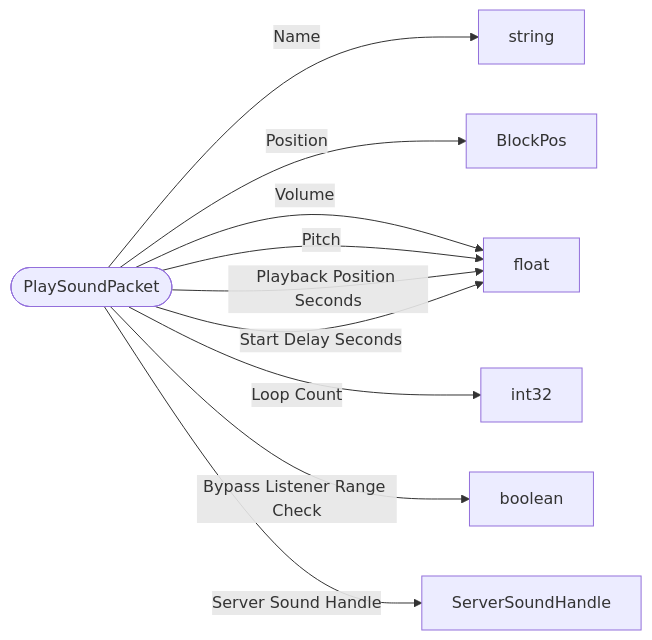
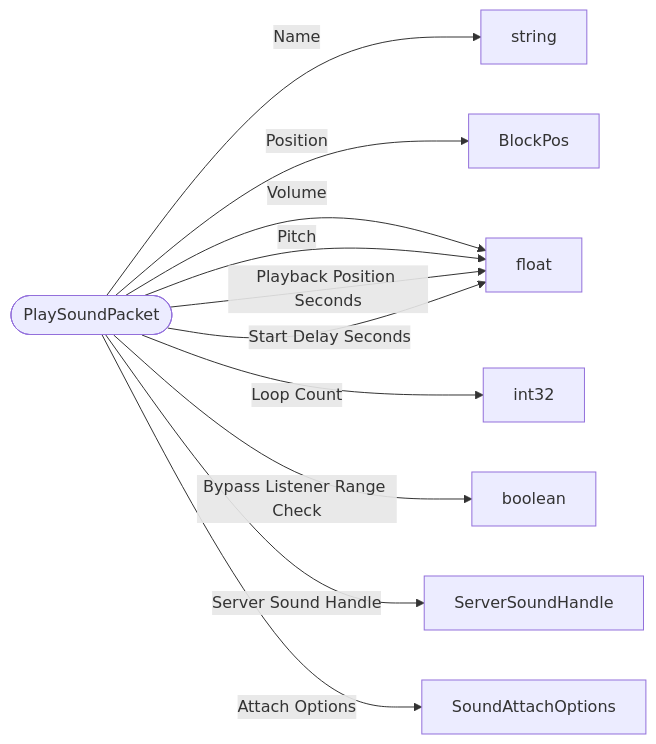
One commit to bedrock-v/protocol-docs changed the diagram in schemas/packets/PlaySoundPacket.md. Above: the diagram before and after it, drawn with Mermaid. The commit also changed 32 other files, not shown here.

````diff
--- a/schemas/packets/PlaySoundPacket.md
+++ b/schemas/packets/PlaySoundPacket.md
@@ -7,13 +7,14 @@
 ```mermaid
 flowchart LR
   ROOT(["PlaySoundPacket"])
   ROOT -->|"Name"| string["string"]
   ROOT -->|"Position"| BlockPos["BlockPos"]
   ROOT -->|"Volume"| float["float"]
   ROOT -->|"Pitch"| float["float"]
   ROOT -->|"Loop Count"| int32["int32"]
   ROOT -->|"Bypass Listener Range Check"| boolean["boolean"]
   ROOT -->|"Server Sound Handle"| ServerSoundHandle["ServerSoundHandle"]
   ROOT -->|"Playback Position Seconds"| float["float"]
   ROOT -->|"Start Delay Seconds"| float["float"]
+  ROOT -->|"Attach Options"| SoundAttachOptions["SoundAttachOptions"]
 ```
````
